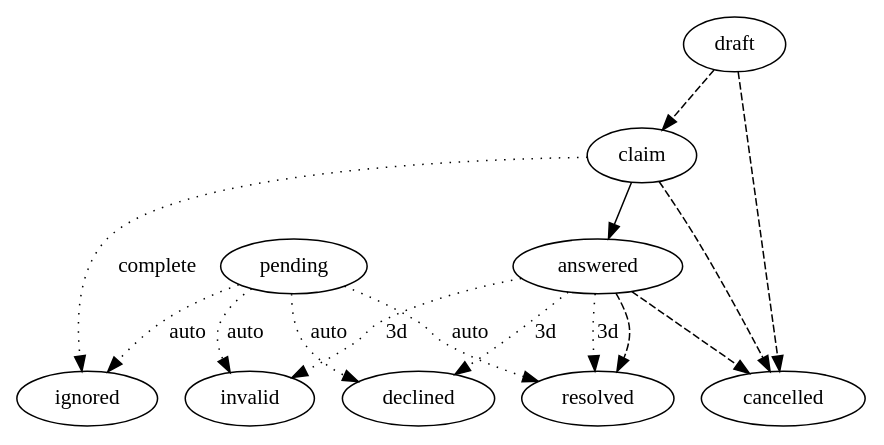
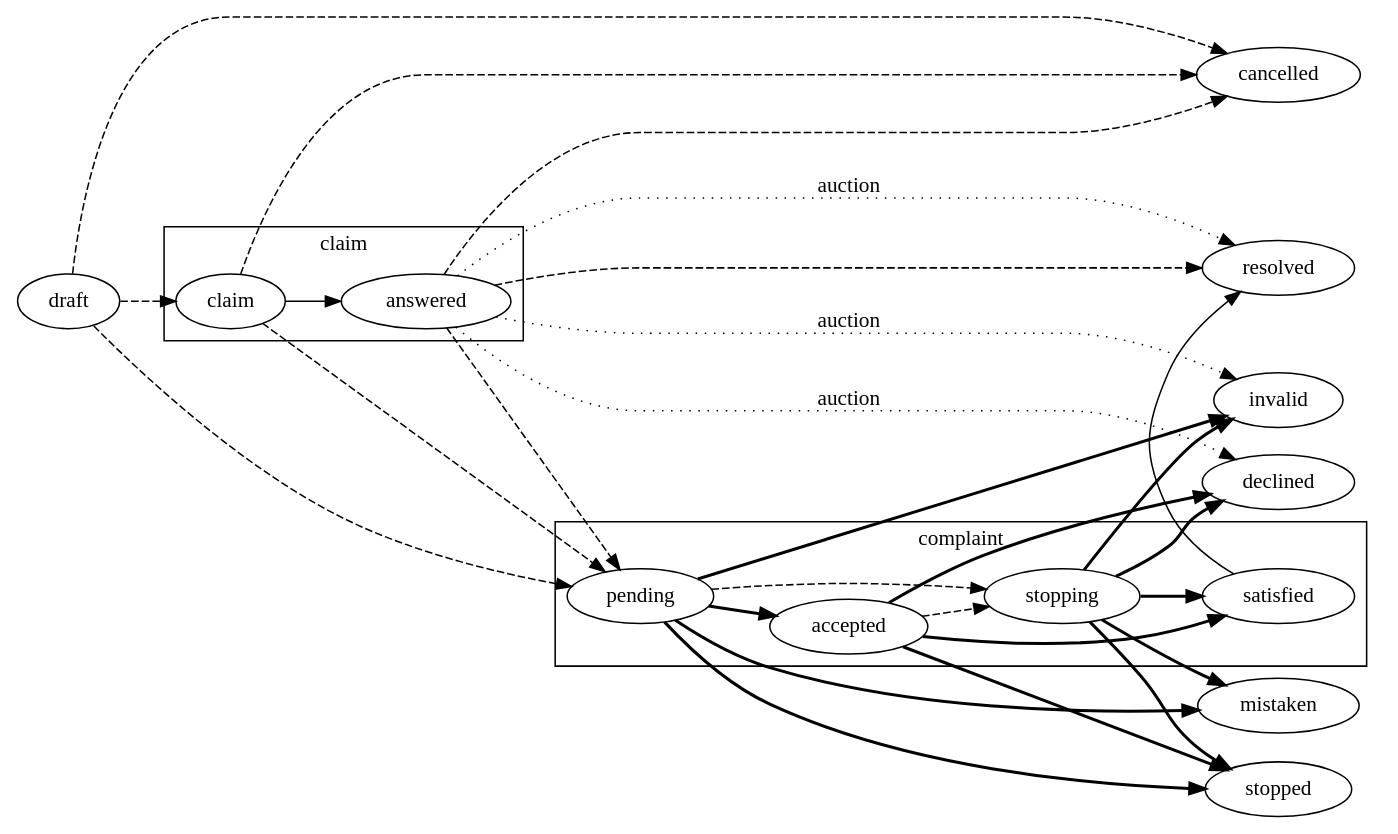
One commit to ProzorroUKR/openprocurement.api changed the first of 3 diagrams in docs/source/complaints.rst. Above: the diagram before and after it, drawn with Graphviz. The commit also changed other lines of this file and 141 other files, not shown here.

```diff
--- a/docs/source/complaints.rst
+++ b/docs/source/complaints.rst
@@ -35,16 +20,30 @@
 .. graphviz::
 
     digraph G {
+        rankdir=LR;
+        {rank=same; mistaken; invalid; resolved; declined; stopped; cancelled;}
+        subgraph cluster_claim {
+            label = "claim";
+            claim; answered;
+        }
+        subgraph cluster_complaint {
+            label = "complaint";
+            pending; satisfied; accepted; stopping;
+        }
         claim -> answered;
+        satisfied -> resolved;
         edge[style=dashed];
-        draft -> claim; 
-        answered -> resolved;
-        {draft,claim,answered} -> cancelled; 
-        edge[label="3d" style=dotted];
-        answered -> {resolved, invalid, declined};
-        edge[label="complete" style=dotted];
-        claim -> ignored;
-        edge[label="auto" style=dotted];
-        pending -> ignored;
-        pending -> {resolved, invalid, declined};
+        answered -> {pending,resolved};
+        draft -> {claim,pending};
+        claim -> pending;
+        {draft,claim,answered} -> cancelled;
+        pending -> stopping;
+        accepted -> stopping;
+        edge[style=bold];
+        accepted -> {declined,satisfied,stopped};
+        pending -> {accepted,invalid,stopped};
+        stopping -> {stopped,invalid,declined,satisfied};
+        {pending;stopping} -> mistaken;
+        edge[label="auction" style=dotted];
+        answered -> {declined,resolved,invalid};
     }
```
